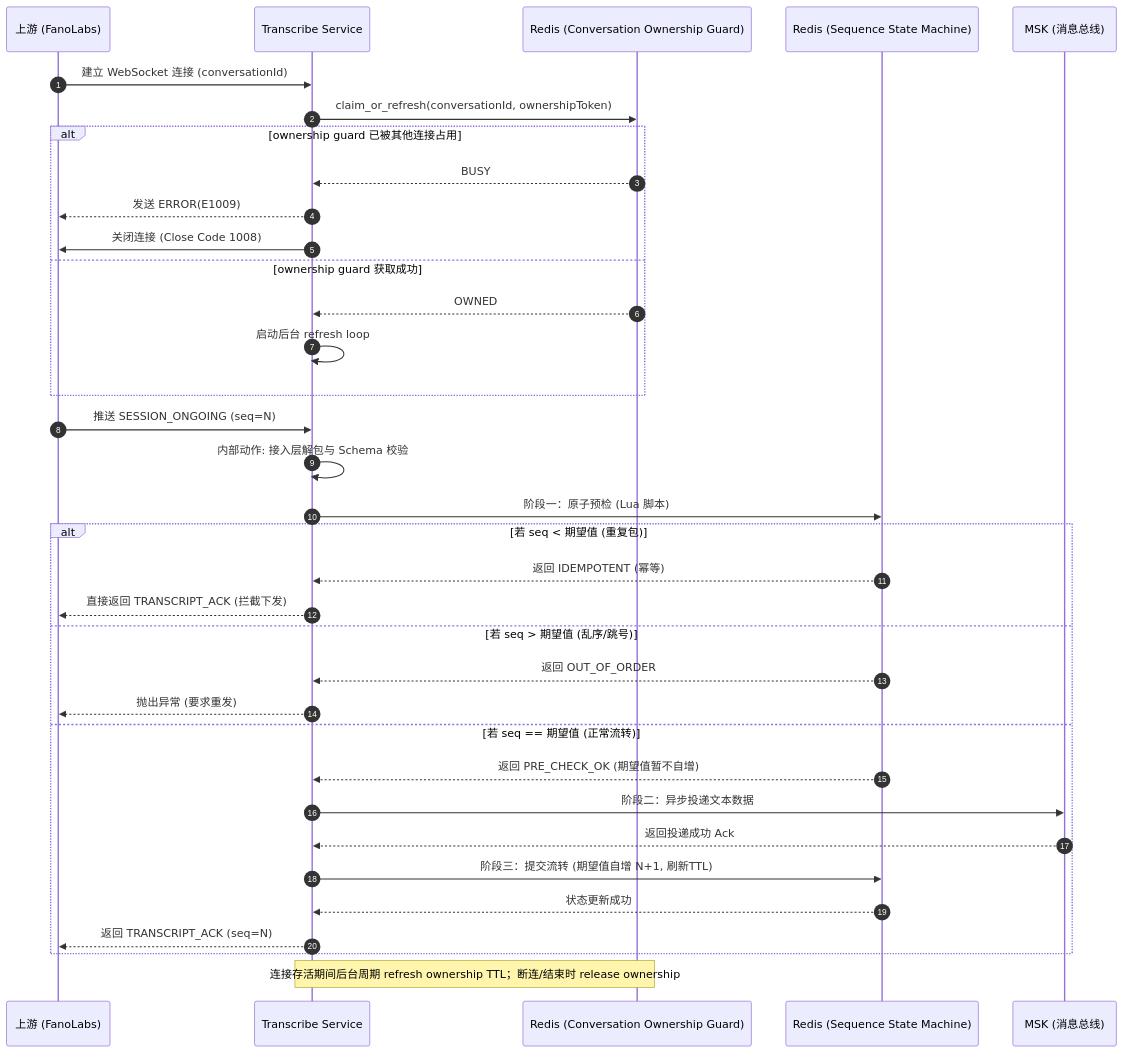
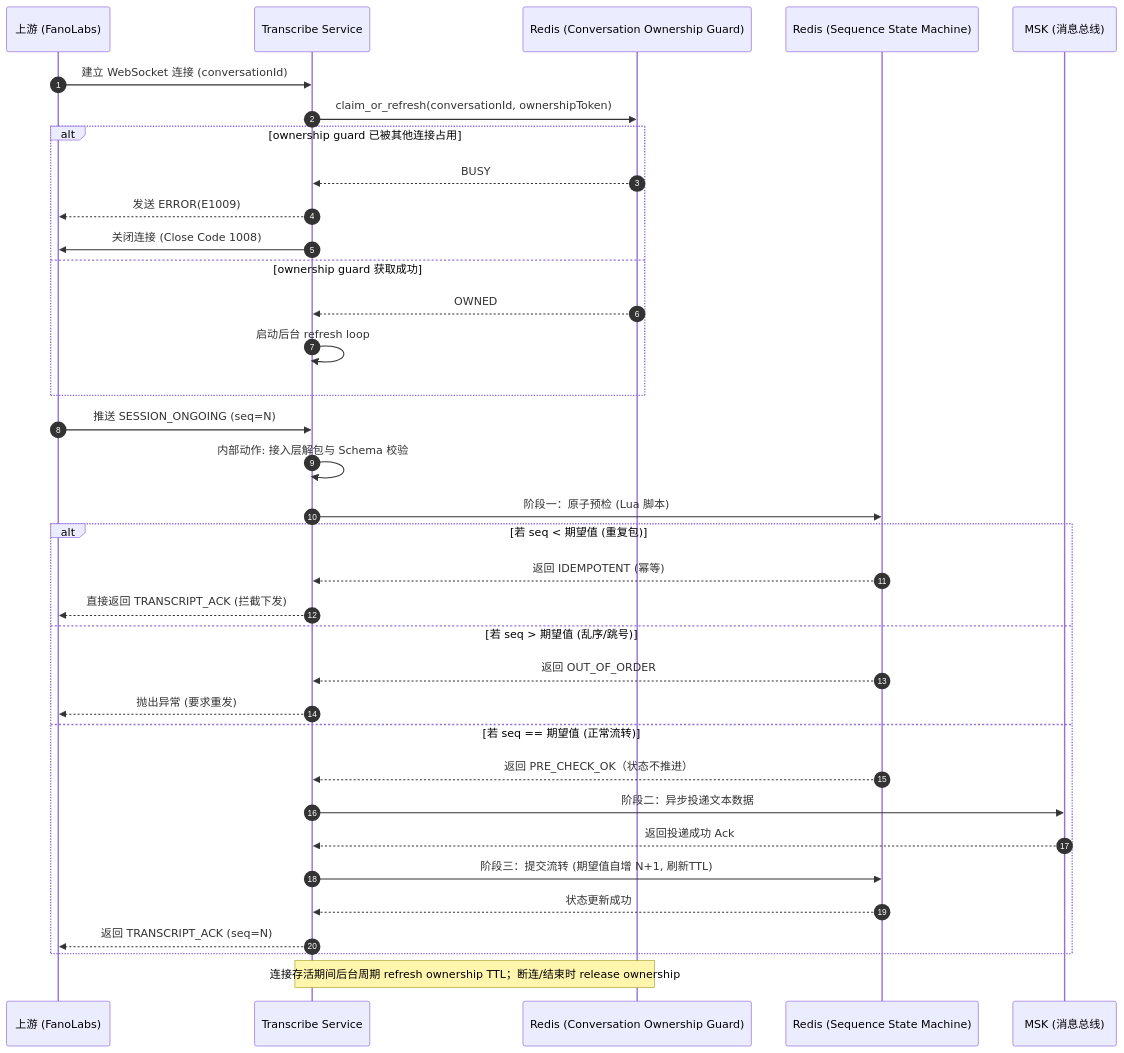
One commit to xiaodouya001/transcribe_service changed the third of 6 diagrams in design/application-design_zh.md. Above: the diagram before and after it, drawn with Mermaid. The commit also changed other lines of this file and 6 other files, not shown here.

````diff
--- a/design/application-design_zh.md
+++ b/design/application-design_zh.md
@@ -114,44 +114,44 @@
 ```mermaid
 sequenceDiagram
     autonumber
     participant Vendor as 上游 (FanoLabs)
     participant Trans as Transcribe Service
     participant RedisOwnership as Redis (Conversation Ownership Guard)
     participant RedisState as Redis (Sequence State Machine)
     participant Kafka as MSK (消息总线)
 
     Vendor->>Trans: 建立 WebSocket 连接 (conversationId)
     Trans->>RedisOwnership: claim_or_refresh(conversationId, ownershipToken)
     alt ownership guard 已被其他连接占用
         RedisOwnership-->>Trans: BUSY
         Trans-->>Vendor: 发送 ERROR(E1009)
         Trans->>Vendor: 关闭连接 (Close Code 1008)
     else ownership guard 获取成功
         RedisOwnership-->>Trans: OWNED
         Trans->>Trans: 启动后台 refresh loop
     end
 
     Vendor->>Trans: 推送 SESSION_ONGOING (seq=N)
     Trans->>Trans: 内部动作: 接入层解包与 Schema 校验
     Trans->>RedisState: 阶段一：原子预检 (Lua 脚本)
     
     alt 若 seq < 期望值 (重复包)
         RedisState-->>Trans: 返回 IDEMPOTENT (幂等)
         Trans-->>Vendor: 直接返回 TRANSCRIPT_ACK (拦截下发)
     else 若 seq > 期望值 (乱序/跳号)
         RedisState-->>Trans: 返回 OUT_OF_ORDER
         Trans-->>Vendor: 抛出异常 (要求重发)
     else 若 seq == 期望值 (正常流转)
-        RedisState-->>Trans: 返回 PRE_CHECK_OK (期望值暂不自增)
+        RedisState-->>Trans: 返回 PRE_CHECK_OK（状态不推进）
         
         Trans->>Kafka: 阶段二：异步投递文本数据
         Kafka-->>Trans: 返回投递成功 Ack
         
         Trans->>RedisState: 阶段三：提交流转 (期望值自增 N+1, 刷新TTL)
         RedisState-->>Trans: 状态更新成功
         
         Trans-->>Vendor: 返回 TRANSCRIPT_ACK (seq=N)
     end
 
     Note over Trans,RedisOwnership: 连接存活期间后台周期 refresh ownership TTL；断连/结束时 release ownership
 ```
````
